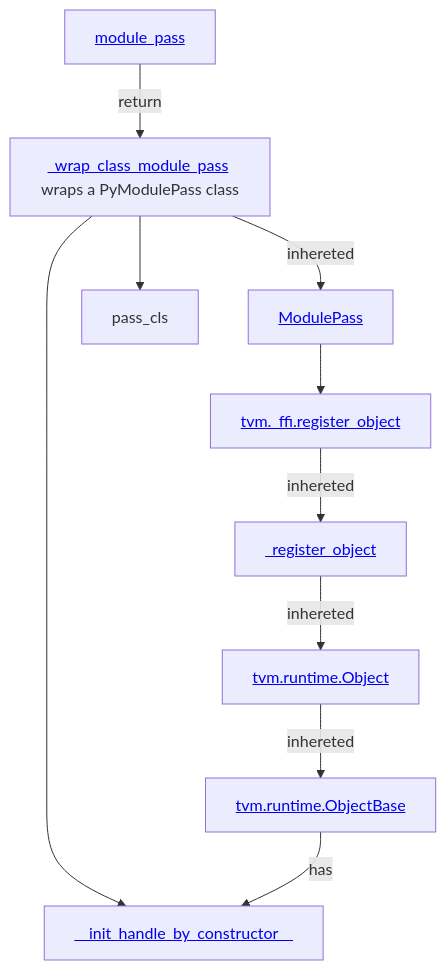
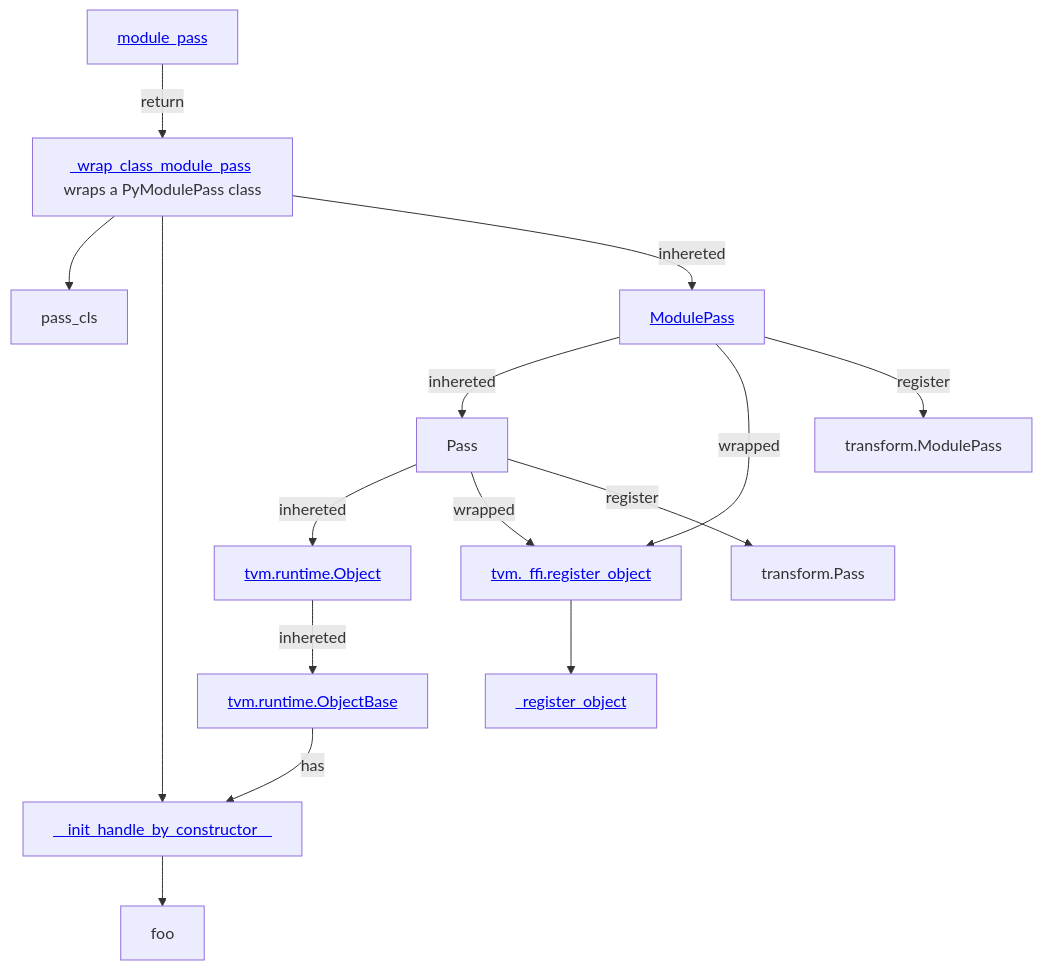
One commit to w32zhong/BitBLAS changed the second of 2 diagrams in README.md. Above: the diagram before and after it, drawn with Mermaid.

````diff
--- a/README.md
+++ b/README.md
@@ -83,15 +83,22 @@
 ```mermaid
 graph TD;
    module_pass[<a href="https://github.com/LeiWang1999/tvm/blob/618306ce3baa2c606d43856afbe6655e4e67b2c8/python/tvm/ir/transform.py#L325">module_pass</a>]
    _wrap_class_module_pass[<a href="https://github.com/LeiWang1999/tvm/tree/618306ce3baa2c606d43856afbe6655e4e67b2c8/python/tvm/ir/transform.py#L293">_wrap_class_module_pass</a> wraps a PyModulePass class]
    __init_handle_by_constructor__[<a href="https://github.com/LeiWang1999/tvm/tree/618306ce3baa2c606d43856afbe6655e4e67b2c8/python/tvm/ir/transform.py#L309">__init_handle_by_constructor__</a>]
    ModulePass[<a href="https://github.com/LeiWang1999/tvm/blob/618306ce3baa2c606d43856afbe6655e4e67b2c8/python/tvm/ir/transform.py#L242">ModulePass</a>]
    register_object[<a href="https://github.com/LeiWang1999/tvm/blob/618306ce3baa2c606d43856afbe6655e4e67b2c8/python/tvm/_ffi/registry.py#L41-L82">tvm._ffi.register_object</a>]
    _register_object[<a href="https://github.com/LeiWang1999/tvm/blob/618306ce3baa2c606d43856afbe6655e4e67b2c8/python/tvm/_ffi/_ctypes/object.py#L42">_register_object</a>]
    tvm_runtime_obj[<a href="https://github.com/LeiWang1999/tvm/blob/618306ce3baa2c606d43856afbe6655e4e67b2c8/python/tvm/runtime/object.py#L49">tvm.runtime.Object</a>]
    tvm_runtime_obj_base[<a href="https://github.com/LeiWang1999/tvm/blob/618306ce3baa2c606d43856afbe6655e4e67b2c8/python/tvm/_ffi/_ctypes/object.py#L111">tvm.runtime.ObjectBase</a>]
-    
+
    module_pass -->|return| _wrap_class_module_pass --> pass_cls
    _wrap_class_module_pass --> __init_handle_by_constructor__
-   _wrap_class_module_pass -->|inhereted| ModulePass --> register_object -->|inhereted| _register_object -->|inhereted| tvm_runtime_obj -->|inhereted| tvm_runtime_obj_base -->|has| __init_handle_by_constructor__
+   _wrap_class_module_pass -->|inhereted| ModulePass -->|inhereted| Pass  -->|inhereted| tvm_runtime_obj -->|inhereted| tvm_runtime_obj_base -->|has| __init_handle_by_constructor__
+   register_object --> _register_object 
+   ModulePass -->|wrapped| register_object
+   ModulePass -->|register| transform.ModulePass
+   Pass -->|wrapped| register_object
+   Pass -->|register| transform.Pass
+
+   __init_handle_by_constructor__ --> foo
 ```
````
